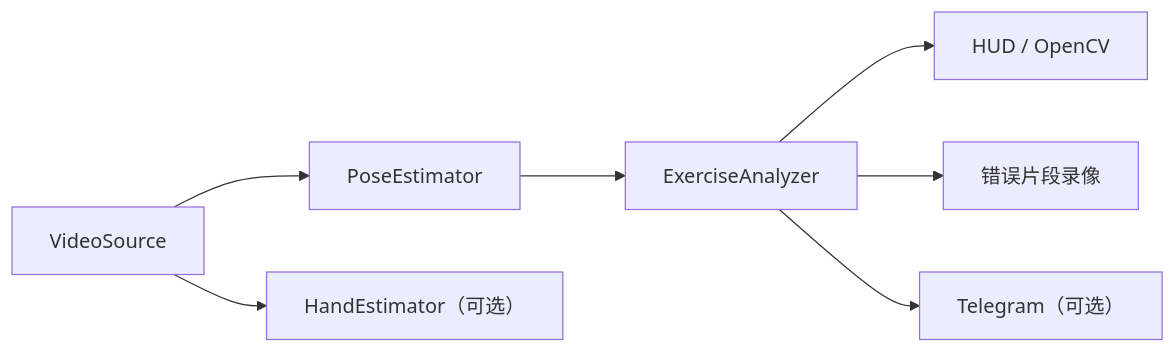
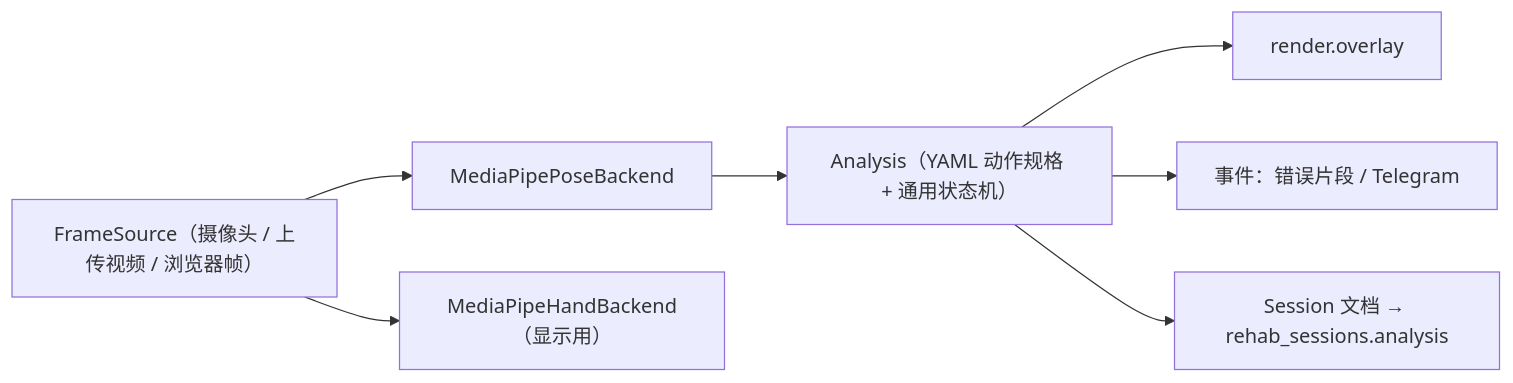
The second of 3 diagrams in docs/ARCHITECTURE.md (Wang-Tongfei/PhysioVision), drawn with Mermaid before and after one commit. The commit also changed other lines of this file and 2 other files, not shown here.

````diff
--- a/docs/ARCHITECTURE.md
+++ b/docs/ARCHITECTURE.md
@@ -69,9 +71,9 @@
 ```mermaid
 flowchart LR
-    Source["VideoSource"] --> Pose["PoseEstimator"]
-    Source --> Hand["HandEstimator（可选）"]
-    Pose --> Analyzer["ExerciseAnalyzer"]
-    Analyzer --> HUD["HUD / OpenCV"]
-    Analyzer --> Clip["错误片段录像"]
-    Analyzer --> Telegram["Telegram（可选）"]
+    Source["FrameSource（摄像头 / 上传视频 / 浏览器帧）"] --> Pose["MediaPipePoseBackend"]
+    Source --> Hand["MediaPipeHandBackend（显示用）"]
+    Pose --> Analysis["Analysis（YAML 动作规格 + 通用状态机）"]
+    Analysis --> Render["render.overlay"]
+    Analysis --> Events["事件：错误片段 / Telegram"]
+    Analysis --> Session["Session 文档 → rehab_sessions.analysis"]
 ```
````
